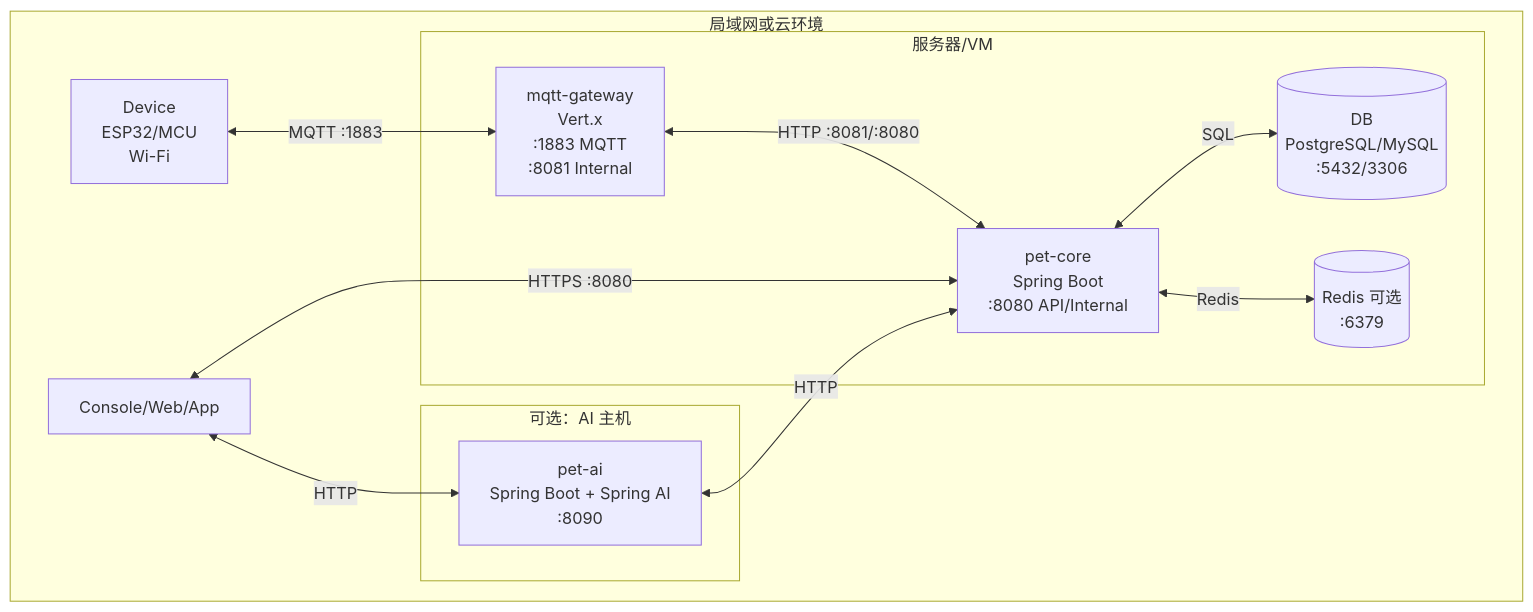
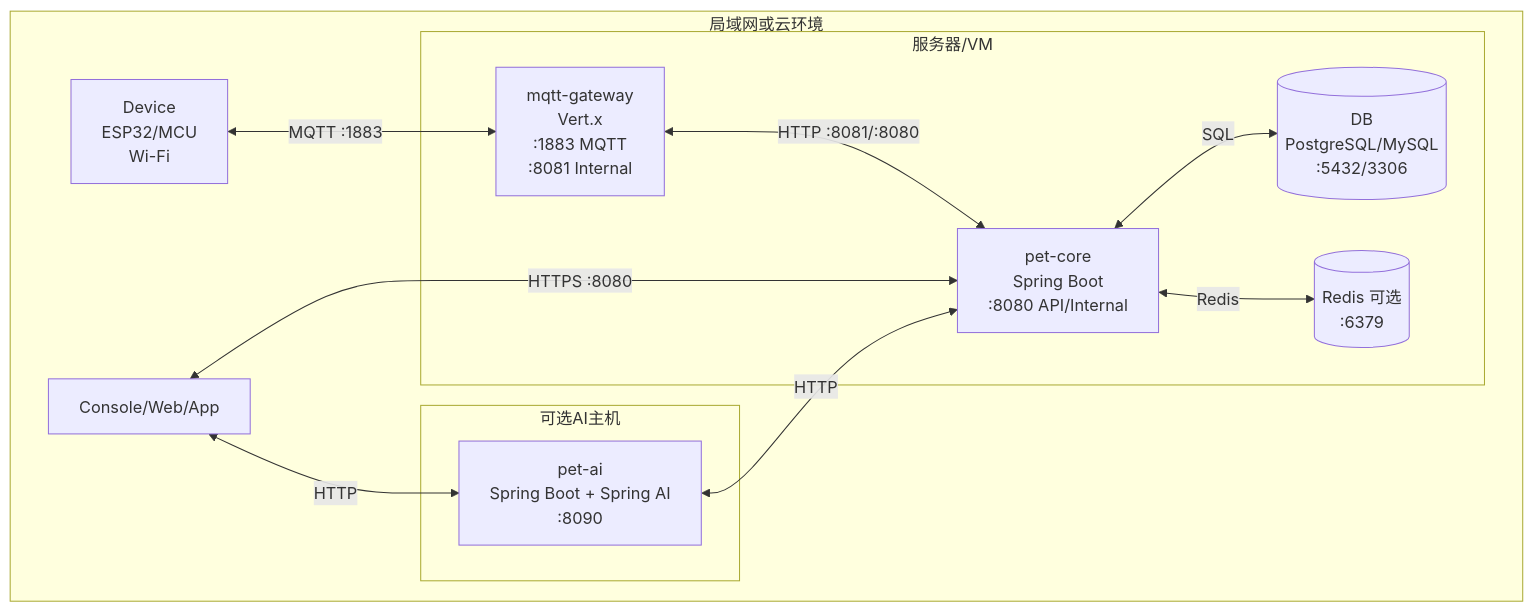
One commit to licn9901-arch/AiBot changed the second of 6 diagrams in doc/架构图.md. Above: the diagram before and after it, drawn with Mermaid. The commit also changed other lines of this file and 41 other files, not shown here.

````diff
--- a/doc/架构图.md
+++ b/doc/架构图.md
@@ -63,26 +63,26 @@
 ```mermaid
 flowchart TB
   subgraph LANorCloud[局域网或云环境]
     subgraph Host1[服务器/VM]
       G[mqtt-gateway\nVert.x\n:1883 MQTT\n:8081 Internal]
       C[pet-core\nSpring Boot\n:8080 API/Internal]
       DB[(DB\nPostgreSQL/MySQL\n:5432/3306)]
       R[(Redis 可选\n:6379)]
     end
 
-    subgraph Host2[可选：AI 主机]
+    subgraph Host2[可选AI主机]
       A[pet-ai\nSpring Boot + Spring AI\n:8090]
     end
 
     D[Device\nESP32/MCU\nWi-Fi]
     UI[Console/Web/App]
   end
 
   D <-- MQTT :1883 --> G
   UI <-- HTTPS :8080 --> C
   G <-- HTTP :8081/:8080 --> C
   C <-- SQL --> DB
   C <-- Redis --> R
   A <-- HTTP --> C
   UI <-- HTTP --> A
 ```
````
